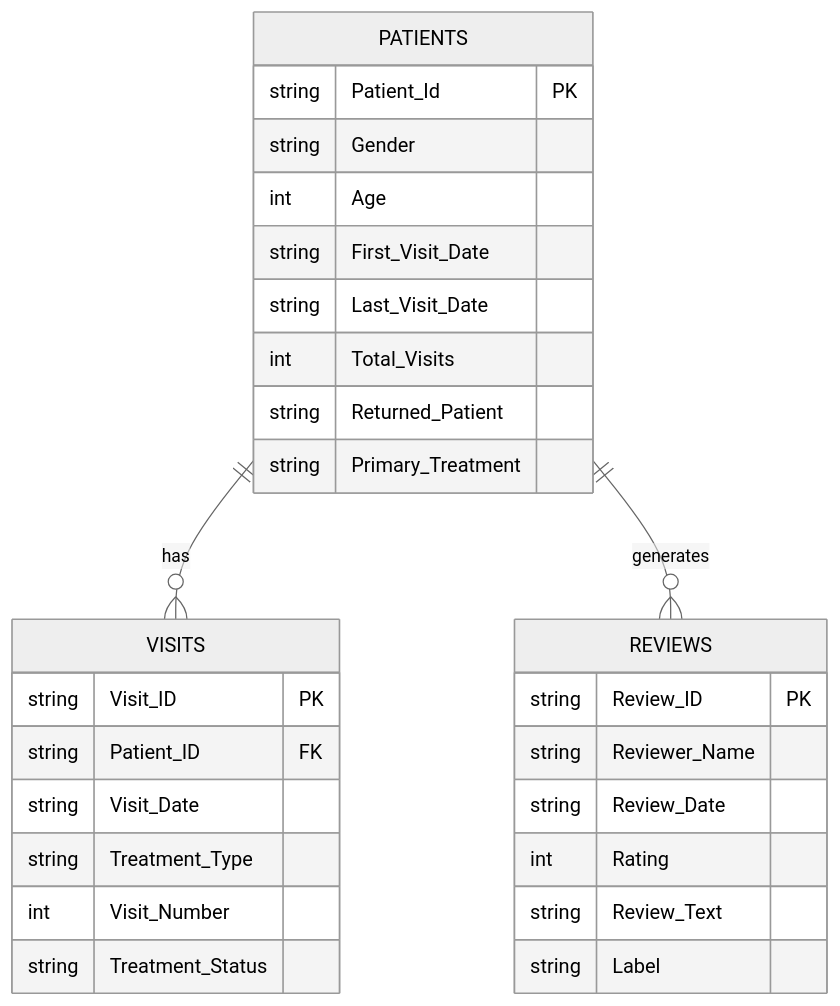
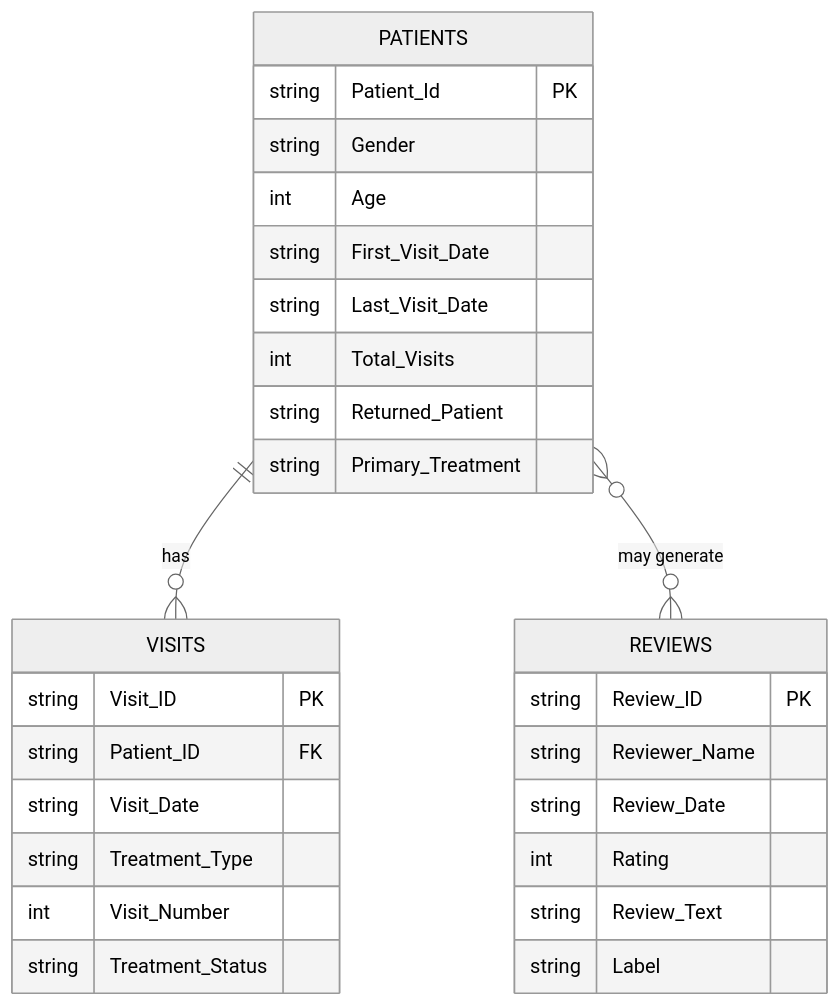
Before and after one commit to VishnuO5/PraxisIQ: the second of 2 diagrams in README.md, drawn with Mermaid (neutral theme). The commit also changed other lines of this file and 4 other files, not shown here.

````diff
--- a/README.md
+++ b/README.md
@@ -77,34 +81,34 @@
 ```mermaid
 erDiagram
     PATIENTS {
         string Patient_Id PK
         string Gender
         int Age
         string First_Visit_Date
         string Last_Visit_Date
         int Total_Visits
         string Returned_Patient
         string Primary_Treatment
     }
 
     VISITS {
         string Visit_ID PK
         string Patient_ID FK
         string Visit_Date
         string Treatment_Type
         int Visit_Number
         string Treatment_Status
     }
 
     REVIEWS {
         string Review_ID PK
         string Reviewer_Name
         string Review_Date
         int Rating
         string Review_Text
         string Label
     }
 
     PATIENTS ||--o{ VISITS : "has"
-    PATIENTS ||--o{ REVIEWS : "generates"
+    PATIENTS }o--o{ REVIEWS : "may generate"
 ```
````
